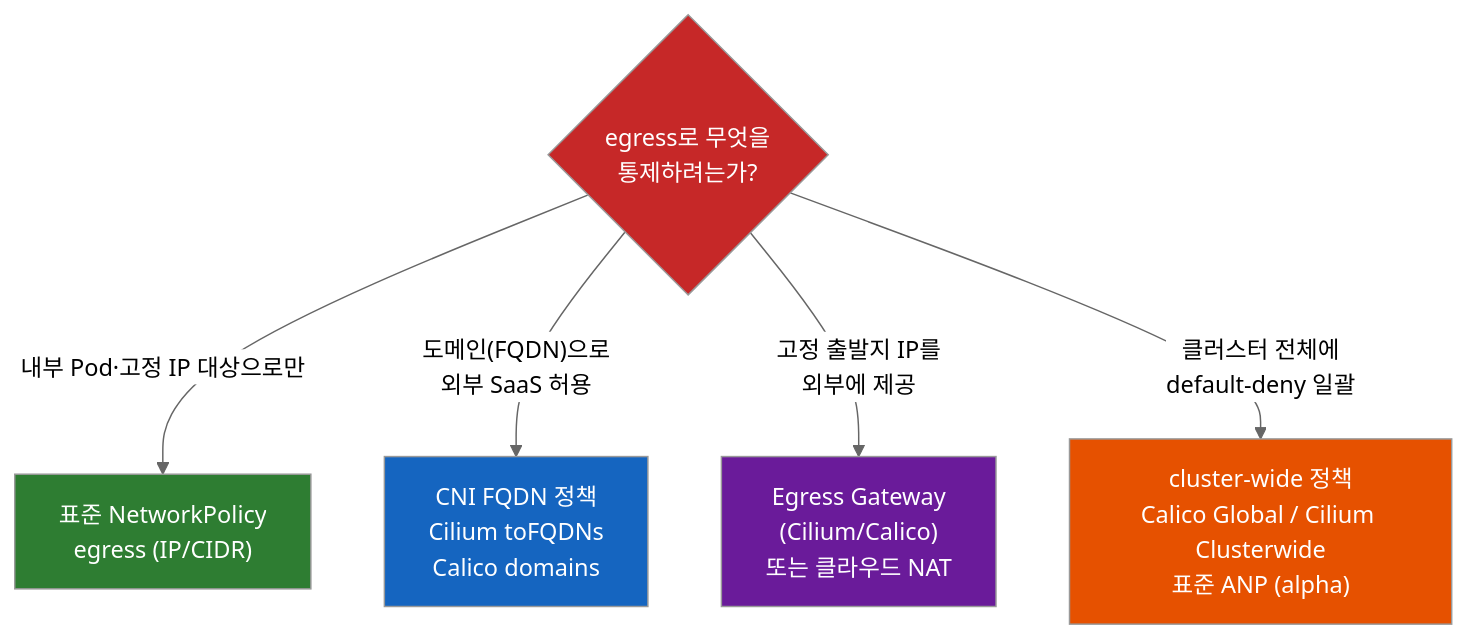
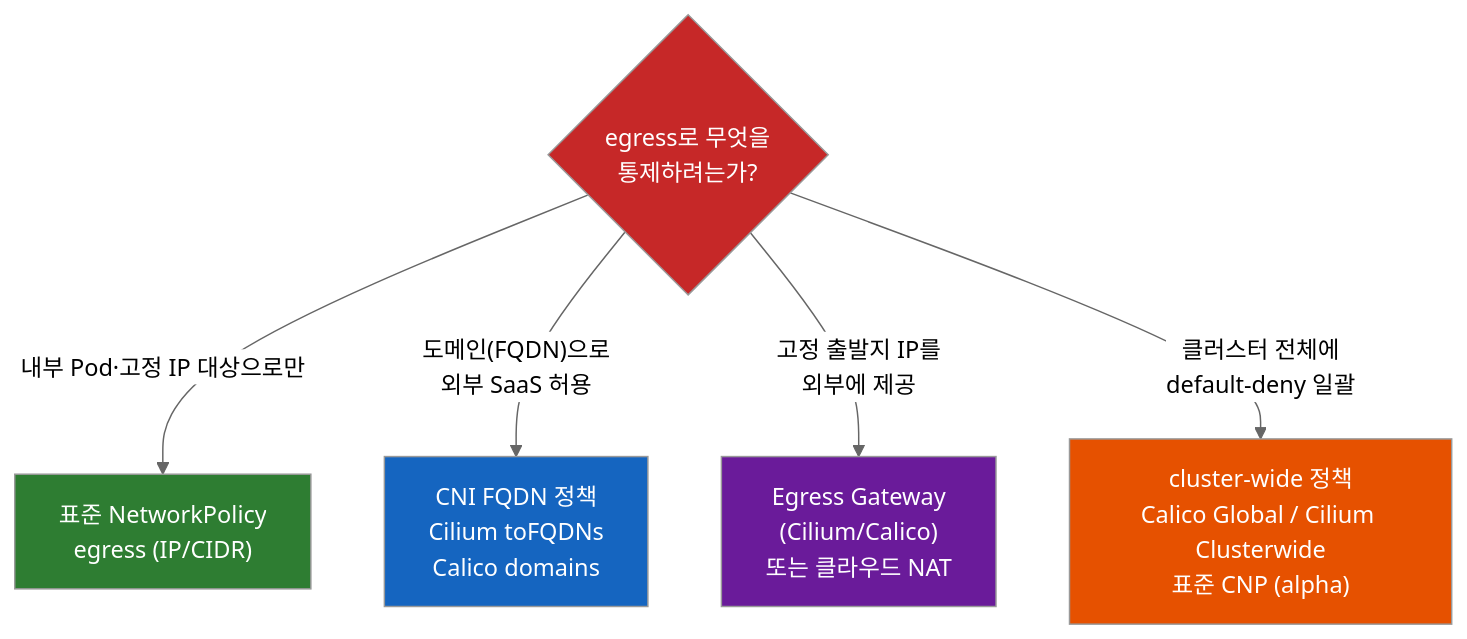
One commit to sskim91/TIL changed the third of 3 diagrams in kubernetes/쿠버네티스-Egress-통제는-왜-NetworkPolicy-하나로-끝나지-않을까.md. Above: the diagram before and after it, drawn with Mermaid (neutral theme). The commit also changed other lines of this file and 80 other files, not shown here.

````diff
--- a/kubernetes/쿠버네티스-Egress-통제는-왜-NetworkPolicy-하나로-끝나지-않을까.md
+++ b/kubernetes/쿠버네티스-Egress-통제는-왜-NetworkPolicy-하나로-끝나지-않을까.md
@@ -323,14 +323,14 @@
 ```mermaid
 flowchart TD
     q0{"egress로 무엇을<br>통제하려는가?"}
     q0 -->|"내부 Pod·고정 IP 대상으로만"| a1["표준 NetworkPolicy<br>egress (IP/CIDR)"]
     q0 -->|"도메인(FQDN)으로<br>외부 SaaS 허용"| a2["CNI FQDN 정책<br>Cilium toFQDNs<br>Calico domains"]
     q0 -->|"고정 출발지 IP를<br>외부에 제공"| a3["Egress Gateway<br>(Cilium/Calico)<br>또는 클라우드 NAT"]
-    q0 -->|"클러스터 전체에<br>default-deny 일괄"| a4["cluster-wide 정책<br>Calico Global / Cilium Clusterwide<br>표준 ANP (alpha)"]
+    q0 -->|"클러스터 전체에<br>default-deny 일괄"| a4["cluster-wide 정책<br>Calico Global / Cilium Clusterwide<br>표준 CNP (alpha)"]
 
     style q0 fill:#C62828,color:#fff
     style a1 fill:#2E7D32,color:#fff
     style a2 fill:#1565C0,color:#fff
     style a3 fill:#6A1B9A,color:#fff
     style a4 fill:#E65100,color:#fff
 ```
````
